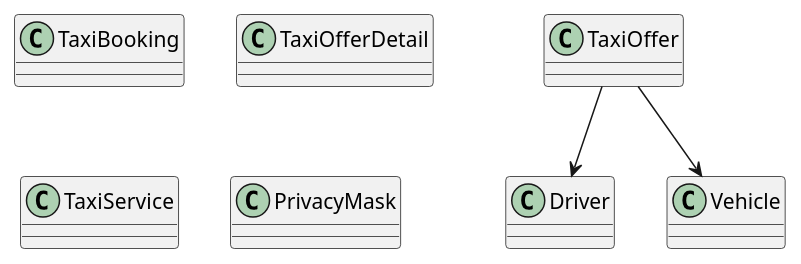
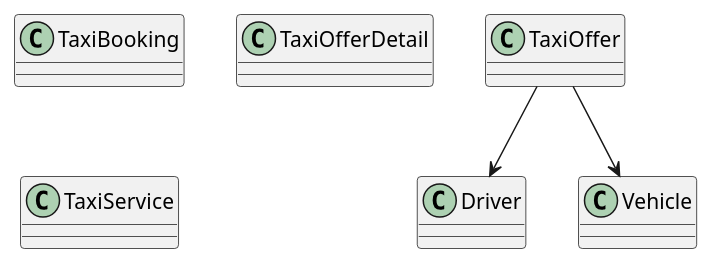
One commit to BKien/figma_spec changed the diagram in Travel Booking App Web & Mobile/uc/uc-12-view-taxi-and-driver-details.md. Above: the diagram before and after it, drawn with PlantUML. The commit also changed other lines of this file and 96 other files, not shown here.

````diff
--- a/Travel Booking App Web & Mobile/uc/uc-12-view-taxi-and-driver-details.md
+++ b/Travel Booking App Web & Mobile/uc/uc-12-view-taxi-and-driver-details.md
@@ -58,13 +58,12 @@
 ```plantuml
 @startuml
 class TaxiOffer
 class Driver
 class Vehicle
 class TaxiBooking
 class TaxiOfferDetail
 class TaxiService
-class PrivacyMask
 TaxiOffer --> Driver
 TaxiOffer --> Vehicle
 @enduml
 ```
````
